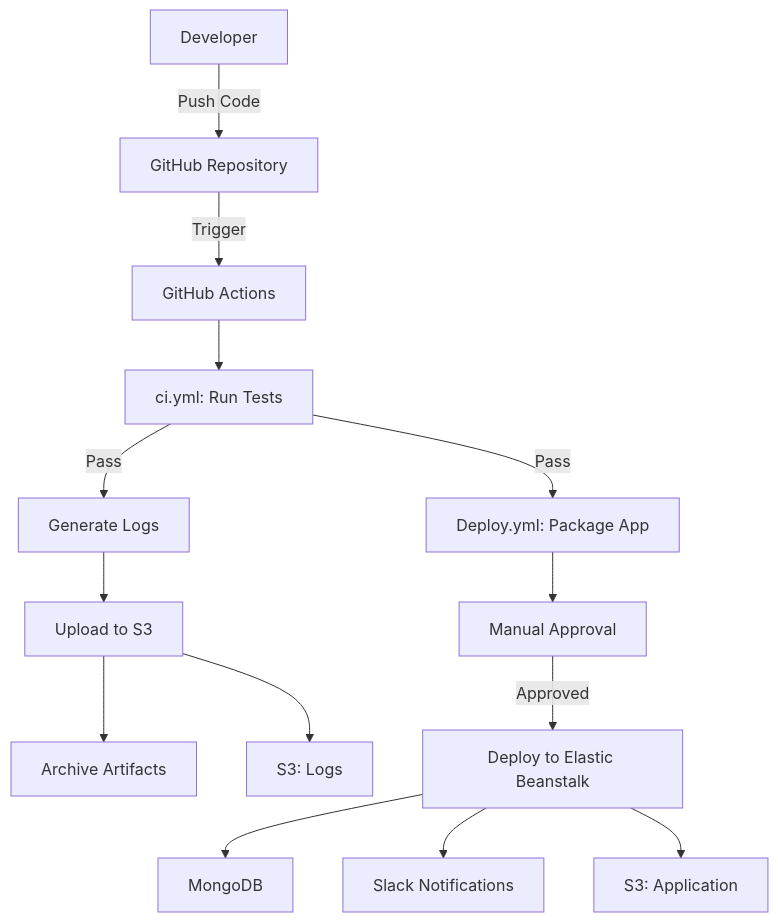
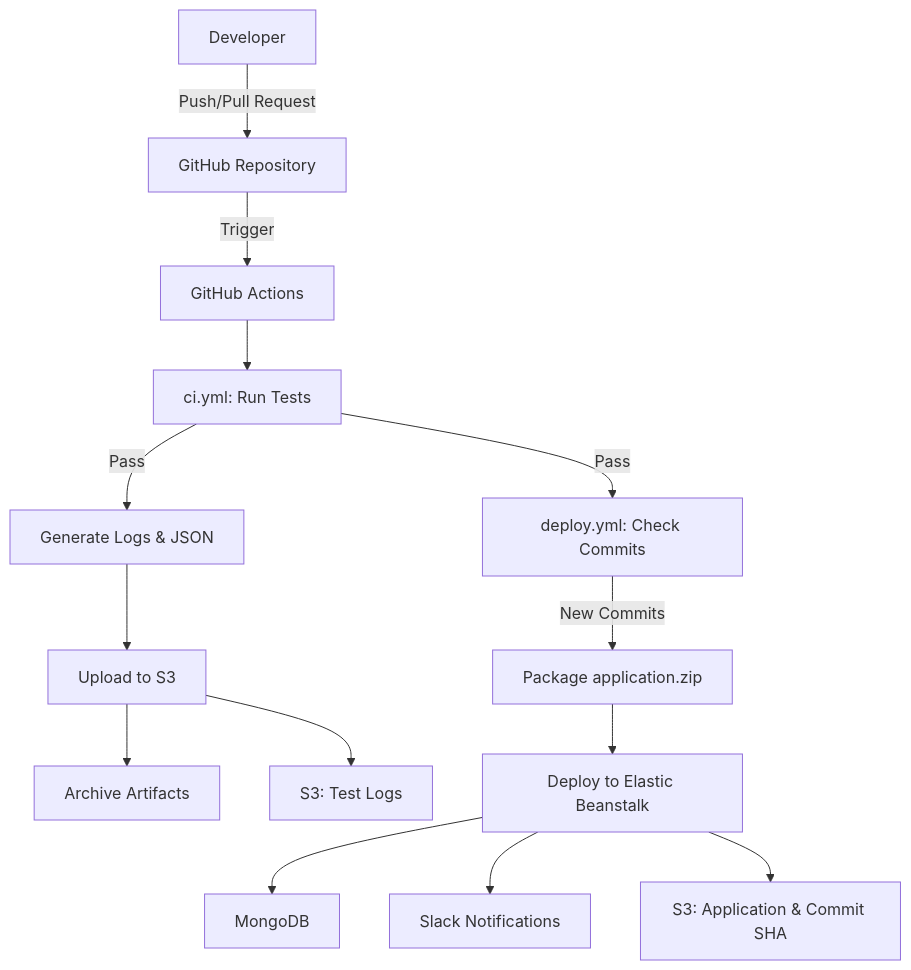
The second of 3 diagrams in README.md (Evan-Codes88/CI-CD-api), drawn with Mermaid before and after one commit. The commit also changed other lines of this file and 2 other files, not shown here.

````diff
--- a/README.md
+++ b/README.md
@@ -542,16 +439,16 @@
 ```mermaid
 graph TD
-    A[Developer] -->|Push Code| B[GitHub Repository]
+    A[Developer] -->|Push/Pull Request| B[GitHub Repository]
     B -->|Trigger| C[GitHub Actions]
     C --> D[ci.yml: Run Tests]
-    D -->|Pass| E[Generate Logs]
+    D -->|Pass| E[Generate Logs & JSON]
     E --> F[Upload to S3]
     F --> G[Archive Artifacts]
-    D -->|Pass| H[Deploy.yml: Package App]
-    H --> I[Manual Approval]
-    I -->|Approved| J[Deploy to Elastic Beanstalk]
+    D -->|Pass| H[deploy.yml: Check Commits]
+    H -->|New Commits| I[Package application.zip]
+    I --> J[Deploy to Elastic Beanstalk]
     J --> K[MongoDB]
     J --> L[Slack Notifications]
-    F --> M[S3: Logs]
-    J --> N[S3: Application]
+    F --> M[S3: Test Logs]
+    J --> N[S3: Application & Commit SHA]
 ```
````
